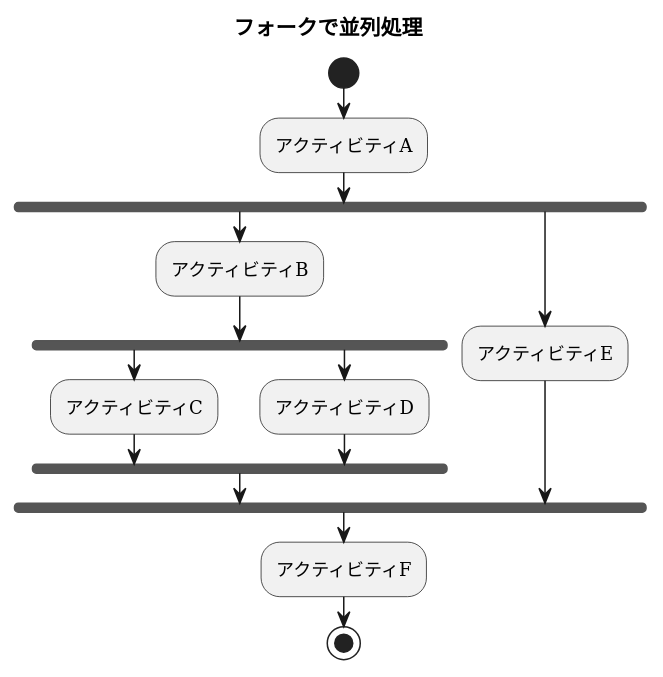
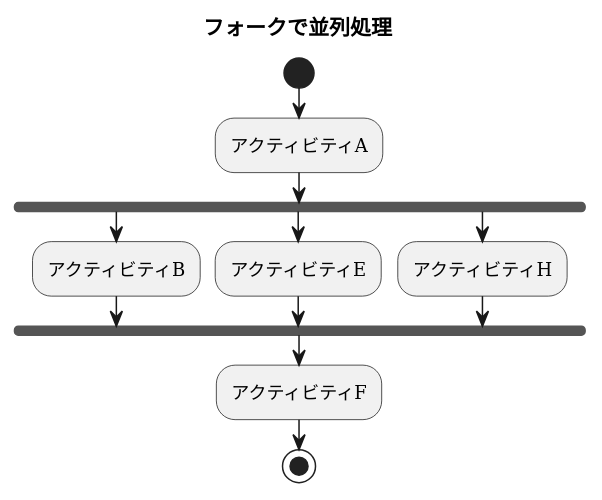
Before and after one commit to hosokawa3217/uml-exercises: the diagram in 図7-8_フォークで並列処理.pu, drawn with PlantUML. The commit also changed 13 other files, not shown here.

```diff
--- a/図7-8_フォークで並列処理.pu
+++ b/図7-8_フォークで並列処理.pu
@@ -1,25 +1,22 @@
 @startuml 並列処理
 title フォークで並列処理
-
 start
-
 :アクティビティA;
-
 fork
     :アクティビティB;
-    fork
-        :アクティビティC;
-    fork again
-        :アクティビティD;
-    end fork
+    ' fork
+    '     :アクティビティC;
+    ' fork again
+    '     :アクティビティD;
+    ' end fork
 fork again
+    :アクティビティE;
+fork again
+    :アクティビティH;
 
-    :アクティビティE;
-  
 end fork
-
 :アクティビティF;
 
 stop
 
 @enduml
```
